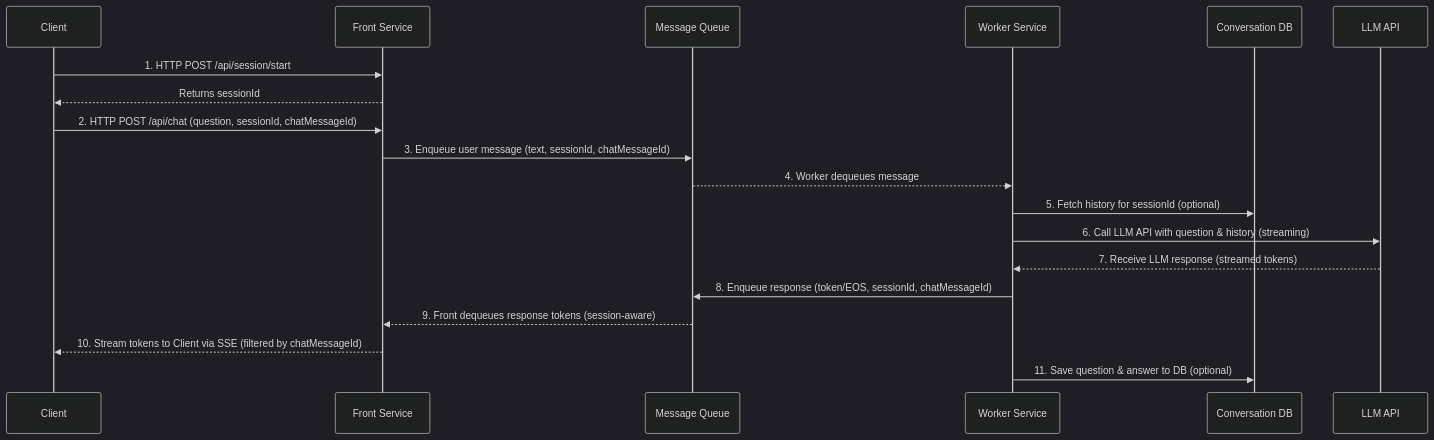
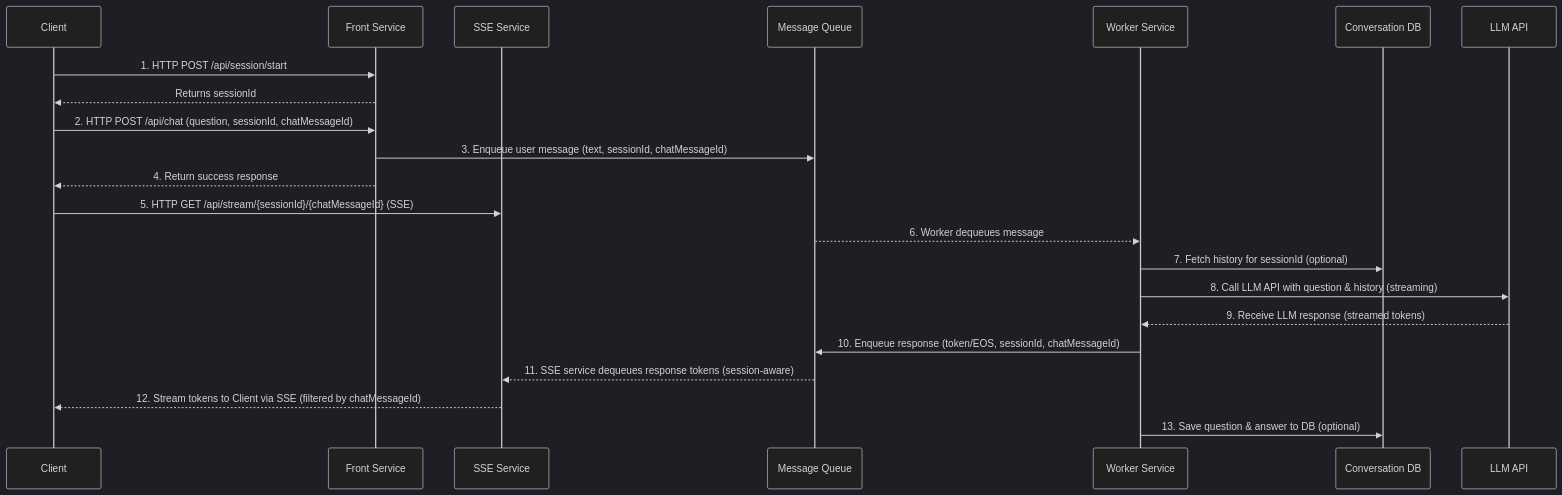
One commit to tkubica12/azure-workshops changed the second of 2 diagrams in d-ai-app-patterns/scalable_chat/README.md. Above: the diagram before and after it, drawn with Mermaid (dark theme). The commit also changed other lines of this file and 16 other files, not shown here.

Commit message:
SSE as standalone service

````diff
--- a/d-ai-app-patterns/scalable_chat/README.md
+++ b/d-ai-app-patterns/scalable_chat/README.md
@@ -28,22 +32,25 @@
 ```mermaid
 sequenceDiagram
     participant C as Client
     participant F as Front Service
+    participant S as SSE Service
     participant Q as Message Queue
     participant W as Worker Service
     participant D as Conversation DB
     participant L as LLM API
 
     C->>F: 1. HTTP POST /api/session/start
     F-->>C: Returns sessionId
     C->>F: 2. HTTP POST /api/chat (question, sessionId, chatMessageId)
     F->>Q: 3. Enqueue user message (text, sessionId, chatMessageId)
-    Q-->>W: 4. Worker dequeues message
-    W->>D: 5. Fetch history for sessionId (optional)
-    W->>L: 6. Call LLM API with question & history (streaming)
-    L-->>W: 7. Receive LLM response (streamed tokens)
-    W->>Q: 8. Enqueue response (token/EOS, sessionId, chatMessageId)
-    Q-->>F: 9. Front dequeues response tokens (session-aware)
-    F-->>C: 10. Stream tokens to Client via SSE (filtered by chatMessageId)
-    W->>D: 11. Save question & answer to DB (optional)
+    F-->>C: 4. Return success response
+    C->>S: 5. HTTP GET /api/stream/{sessionId}/{chatMessageId} (SSE)
+    Q-->>W: 6. Worker dequeues message
+    W->>D: 7. Fetch history for sessionId (optional)
+    W->>L: 8. Call LLM API with question & history (streaming)
+    L-->>W: 9. Receive LLM response (streamed tokens)
+    W->>Q: 10. Enqueue response (token/EOS, sessionId, chatMessageId)
+    Q-->>S: 11. SSE service dequeues response tokens (session-aware)
+    S-->>C: 12. Stream tokens to Client via SSE (filtered by chatMessageId)
+    W->>D: 13. Save question & answer to DB (optional)
 ```
````
